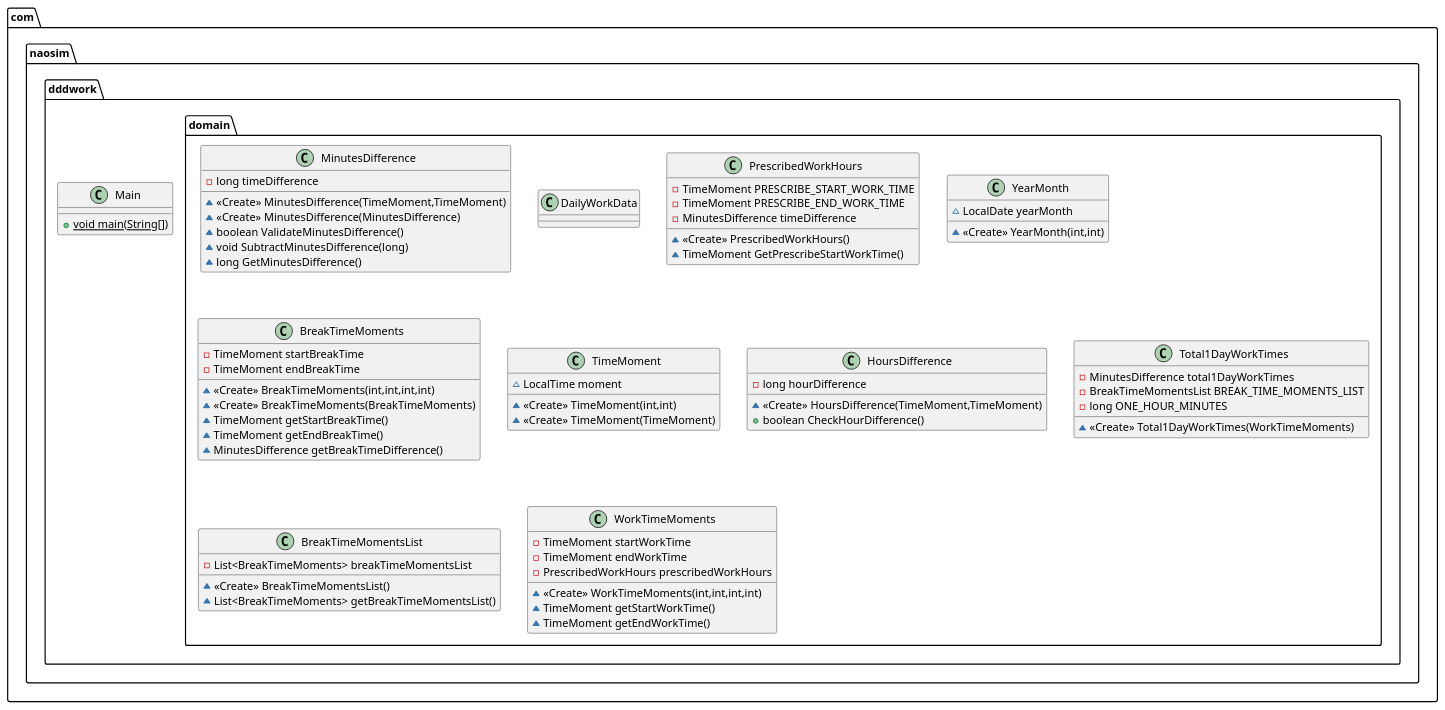
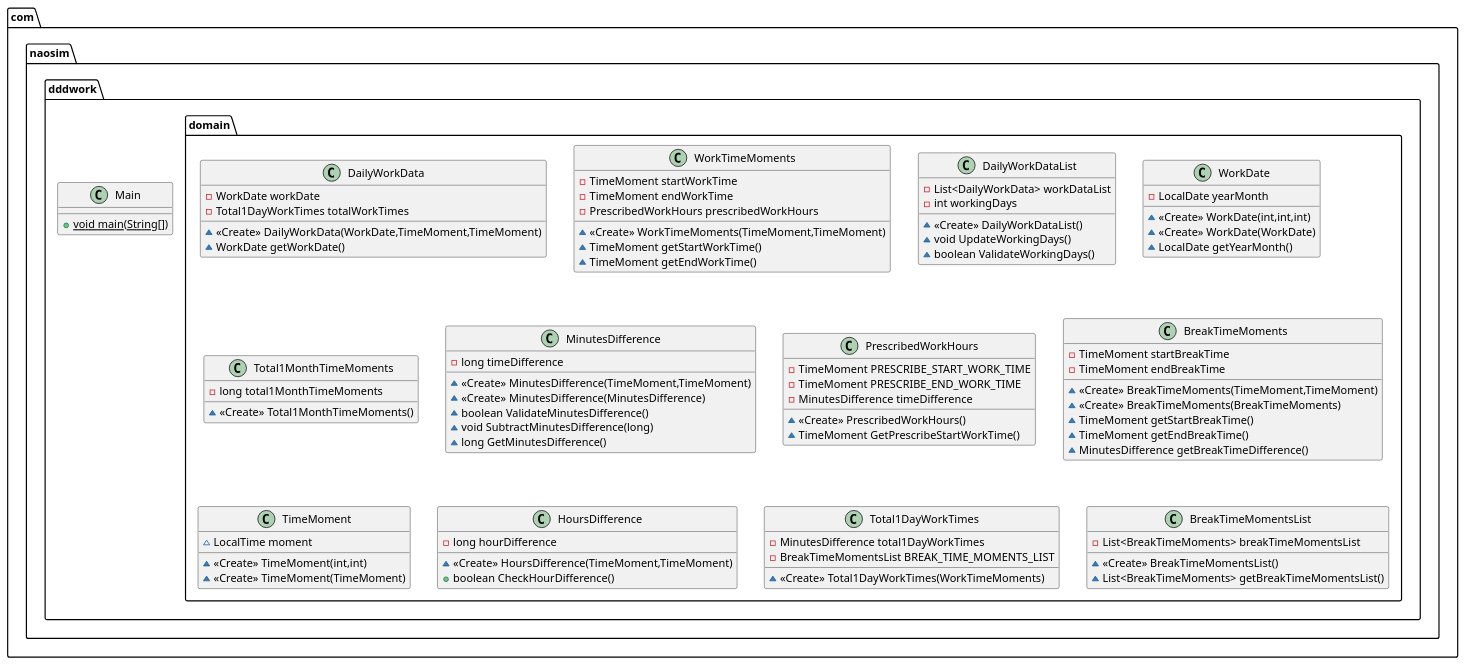
One commit to biglobe-isp/kintai changed the diagram in DomainModel.puml. Above: the diagram before and after it, drawn with PlantUML. The commit also changed 8 other files, not shown here.

```diff
--- a/DomainModel.puml
+++ b/DomainModel.puml
@@ -1,83 +1,105 @@
 @startuml
+class com.naosim.dddwork.domain.DailyWorkData {
+- WorkDate workDate
+- Total1DayWorkTimes totalWorkTimes
+~ <<Create>> DailyWorkData(WorkDate,TimeMoment,TimeMoment)
+~ WorkDate getWorkDate()
+}
+
+
+class com.naosim.dddwork.domain.WorkTimeMoments {
+- TimeMoment startWorkTime
+- TimeMoment endWorkTime
+- PrescribedWorkHours prescribedWorkHours
+~ <<Create>> WorkTimeMoments(TimeMoment,TimeMoment)
+~ TimeMoment getStartWorkTime()
+~ TimeMoment getEndWorkTime()
+}
+
+
+class com.naosim.dddwork.domain.DailyWorkDataList {
+- List<DailyWorkData> workDataList
+- int workingDays
+~ <<Create>> DailyWorkDataList()
+~ void UpdateWorkingDays()
+~ boolean ValidateWorkingDays()
+}
+
+
+class com.naosim.dddwork.domain.WorkDate {
+- LocalDate yearMonth
+~ <<Create>> WorkDate(int,int,int)
+~ <<Create>> WorkDate(WorkDate)
+~ LocalDate getYearMonth()
+}
+
+
+class com.naosim.dddwork.domain.Total1MonthTimeMoments {
+- long total1MonthTimeMoments
+~ <<Create>> Total1MonthTimeMoments()
+}
+
+
 class com.naosim.dddwork.Main {
 + {static} void main(String[])
 }
 
 class com.naosim.dddwork.domain.MinutesDifference {
 - long timeDifference
 ~ <<Create>> MinutesDifference(TimeMoment,TimeMoment)
 ~ <<Create>> MinutesDifference(MinutesDifference)
 ~ boolean ValidateMinutesDifference()
 ~ void SubtractMinutesDifference(long)
 ~ long GetMinutesDifference()
 }
 
 
-class com.naosim.dddwork.domain.DailyWorkData {
-}
 class com.naosim.dddwork.domain.PrescribedWorkHours {
 - TimeMoment PRESCRIBE_START_WORK_TIME
 - TimeMoment PRESCRIBE_END_WORK_TIME
 - MinutesDifference timeDifference
 ~ <<Create>> PrescribedWorkHours()
 ~ TimeMoment GetPrescribeStartWorkTime()
 }
 
 
-class com.naosim.dddwork.domain.YearMonth {
-~ LocalDate yearMonth
-~ <<Create>> YearMonth(int,int)
-}
-
-
 class com.naosim.dddwork.domain.BreakTimeMoments {
 - TimeMoment startBreakTime
 - TimeMoment endBreakTime
-~ <<Create>> BreakTimeMoments(int,int,int,int)
+~ <<Create>> BreakTimeMoments(TimeMoment,TimeMoment)
 ~ <<Create>> BreakTimeMoments(BreakTimeMoments)
 ~ TimeMoment getStartBreakTime()
 ~ TimeMoment getEndBreakTime()
 ~ MinutesDifference getBreakTimeDifference()
 }
 
 
 class com.naosim.dddwork.domain.TimeMoment {
 ~ LocalTime moment
 ~ <<Create>> TimeMoment(int,int)
 ~ <<Create>> TimeMoment(TimeMoment)
 }
 
 
 class com.naosim.dddwork.domain.HoursDifference {
 - long hourDifference
 ~ <<Create>> HoursDifference(TimeMoment,TimeMoment)
 + boolean CheckHourDifference()
 }
 
 
 class com.naosim.dddwork.domain.Total1DayWorkTimes {
 - MinutesDifference total1DayWorkTimes
 - BreakTimeMomentsList BREAK_TIME_MOMENTS_LIST
-- long ONE_HOUR_MINUTES
 ~ <<Create>> Total1DayWorkTimes(WorkTimeMoments)
 }
 
 
 class com.naosim.dddwork.domain.BreakTimeMomentsList {
 - List<BreakTimeMoments> breakTimeMomentsList
 ~ <<Create>> BreakTimeMomentsList()
 ~ List<BreakTimeMoments> getBreakTimeMomentsList()
 }
 
 
-class com.naosim.dddwork.domain.WorkTimeMoments {
-- TimeMoment startWorkTime
-- TimeMoment endWorkTime
-- PrescribedWorkHours prescribedWorkHours
-~ <<Create>> WorkTimeMoments(int,int,int,int)
-~ TimeMoment getStartWorkTime()
-~ TimeMoment getEndWorkTime()
-}
-
-
 @enduml
```
